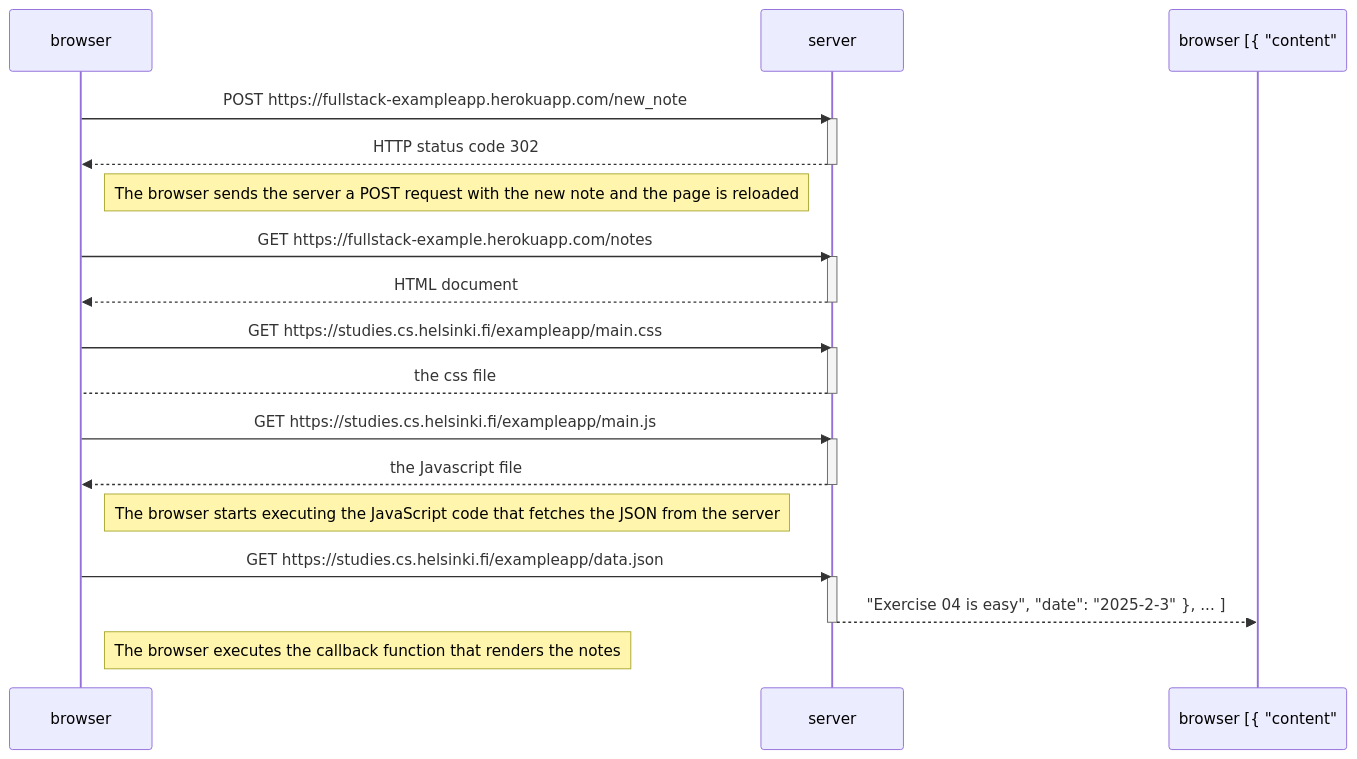
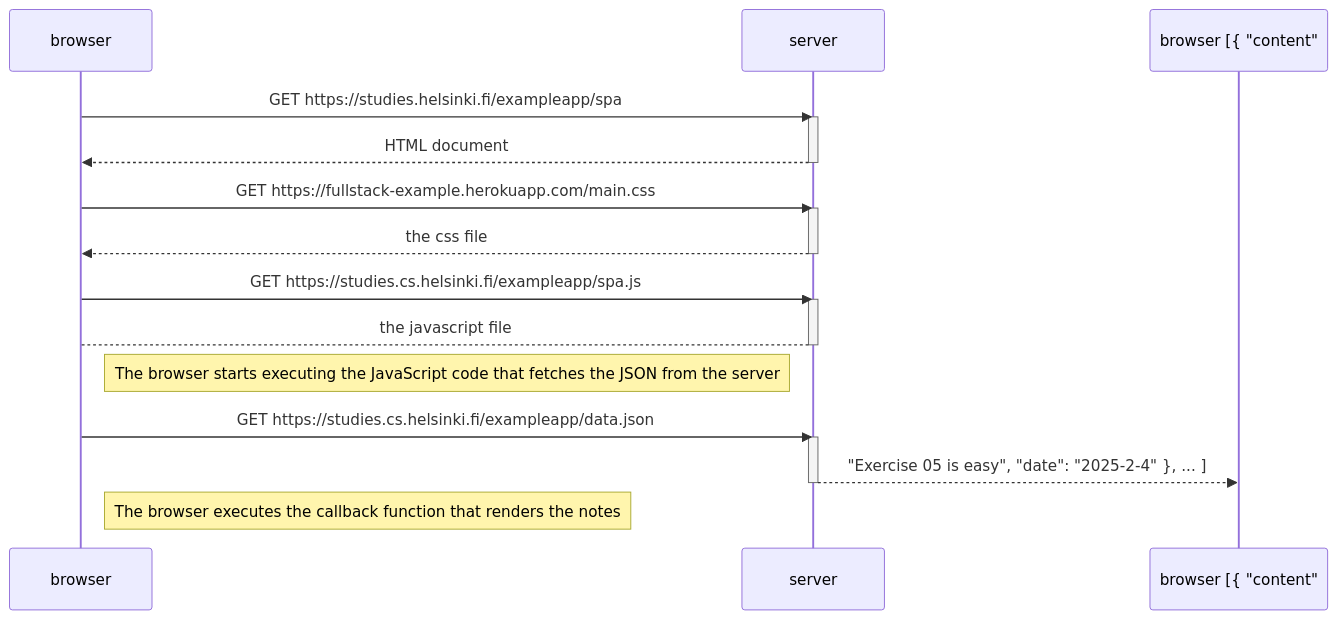
The diagram in part0/exercise05.md (maryelizhall/fullstackwebdev), drawn with Mermaid before and after one commit. The commit also changed 1 other file, not shown here.

Commit message:
new diagrams for ex05 and ex06

````diff
--- a/part0/exercise05.md
+++ b/part0/exercise05.md
@@ -4,36 +4,29 @@
 ```mermaid
 sequenceDiagram
     participant browser
     participant server
 
-    browser->>server: POST https://fullstack-exampleapp.herokuapp.com/new_note
-    activate server
-    server-->>browser: HTTP status code 302
-    deactivate server
-
-    Note right of browser: The browser sends the server a POST request with the new note and the page is reloaded
-
-    browser->>server: GET https://fullstack-example.herokuapp.com/notes
+    browser->>server: GET https://studies.helsinki.fi/exampleapp/spa
     activate server
     server-->>browser: HTML document
     deactivate server
 
-    browser->>server: GET https://studies.cs.helsinki.fi/exampleapp/main.css
+    browser->>server: GET https://fullstack-example.herokuapp.com/main.css
     activate server
-    server-->browser: the css file
+    server-->>browser: the css file
     deactivate server
 
-    browser->>server: GET https://studies.cs.helsinki.fi/exampleapp/main.js
+    browser->>server: GET https://studies.cs.helsinki.fi/exampleapp/spa.js
     activate server
-    server-->>browser: the Javascript file
+    server-->browser: the javascript file
     deactivate server
 
     Note right of browser: The browser starts executing the JavaScript code that fetches the JSON from the server
 
     browser->>server: GET https://studies.cs.helsinki.fi/exampleapp/data.json
     activate server
-    server-->>browser [{ "content": "Exercise 04 is easy", "date": "2025-2-3" }, ... ]
+    server-->>browser [{ "content": "Exercise 05 is easy", "date": "2025-2-4" }, ... ]
     deactivate server
 
     Note right of browser: The browser executes the callback function that renders the notes
 ```
````
